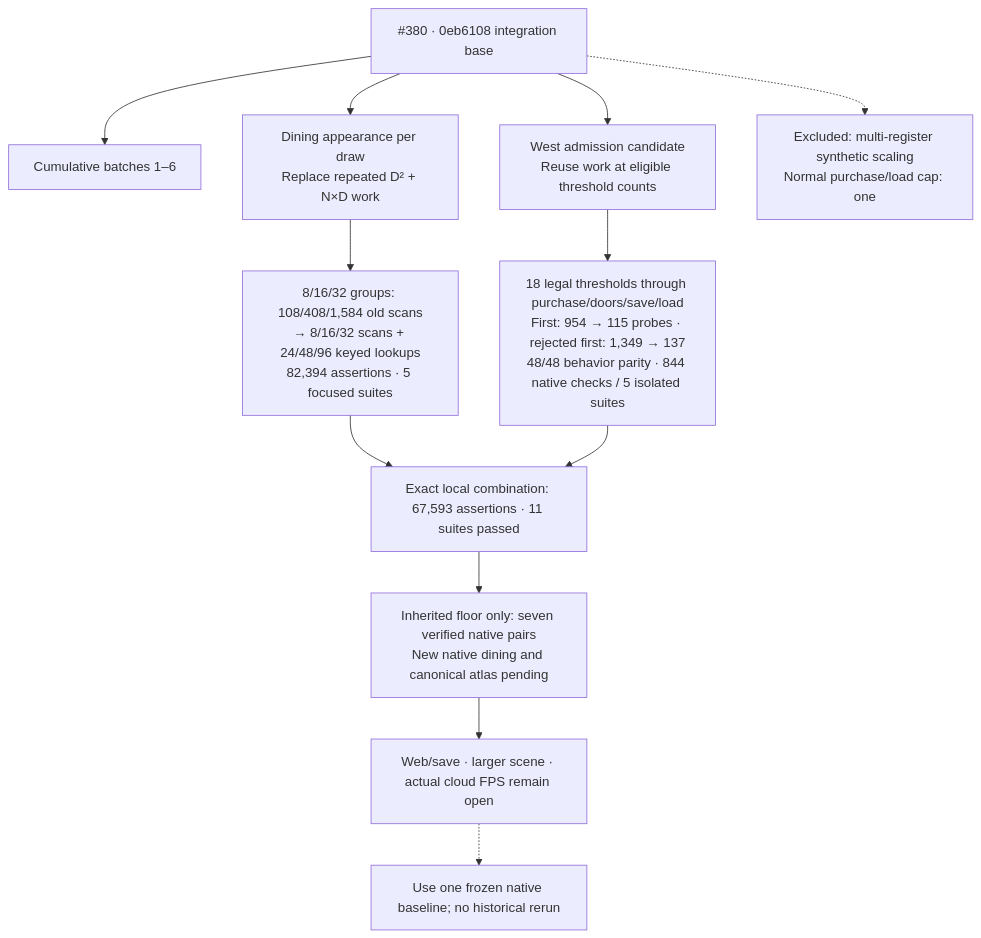
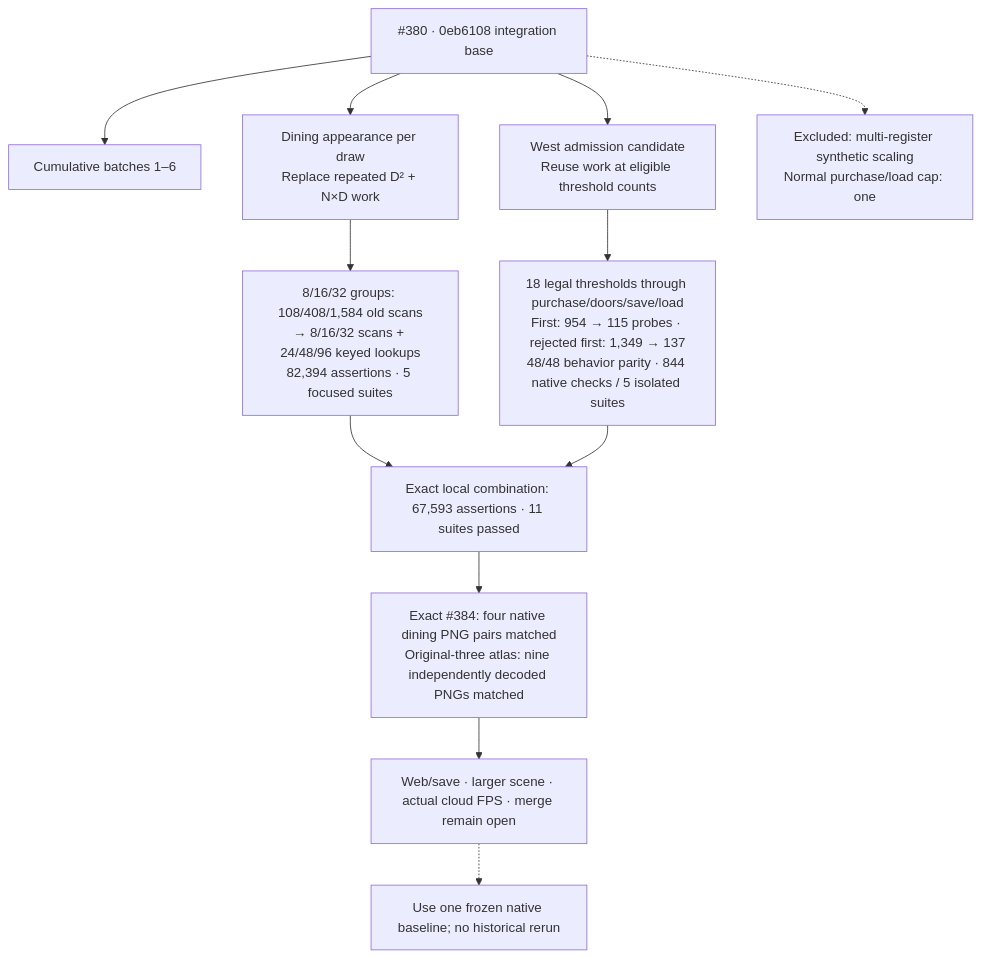
Before and after one commit to yiyousiow000814/little-leaf: the diagram in docs/development/scaling-hotpaths-7/scaling-hotpaths-7.mmd, drawn with Mermaid. The commit also changed 4 other files, not shown here.

Commit message:
test: bind reviewed dining and original atlas parity

```diff
--- a/docs/development/scaling-hotpaths-7/scaling-hotpaths-7.mmd
+++ b/docs/development/scaling-hotpaths-7/scaling-hotpaths-7.mmd
@@ -1,12 +1,12 @@
 flowchart TD
     BASE["#380 · 0eb6108 integration base"] --> PRE["Cumulative batches 1–6"]
     BASE --> D["Dining appearance per draw<br/>Replace repeated D² + N×D work"]
     BASE --> A["West admission candidate<br/>Reuse work at eligible threshold counts"]
     BASE -.-> X["Excluded: multi-register synthetic scaling<br/>Normal purchase/load cap: one"]
     D --> DH["8/16/32 groups: 108/408/1,584 old scans<br/>→ 8/16/32 scans + 24/48/96 keyed lookups<br/>82,394 assertions · 5 focused suites"]
     A --> AH["18 legal thresholds through purchase/doors/save/load<br/>First: 954 → 115 probes · rejected first: 1,349 → 137<br/>48/48 behavior parity · 844 native checks / 5 isolated suites"]
     DH --> Q["Exact local combination: 67,593 assertions · 11 suites passed"]
     AH --> Q
-    Q --> V["Inherited floor only: seven verified native pairs<br/>New native dining and canonical atlas pending"]
-    V --> F["Web/save · larger scene · actual cloud FPS remain open"]
+    Q --> V["Exact #384: four native dining PNG pairs matched<br/>Original-three atlas: nine independently decoded PNGs matched"]
+    V --> F["Web/save · larger scene · actual cloud FPS · merge remain open"]
     F -.-> B["Use one frozen native baseline; no historical rerun"]
```
